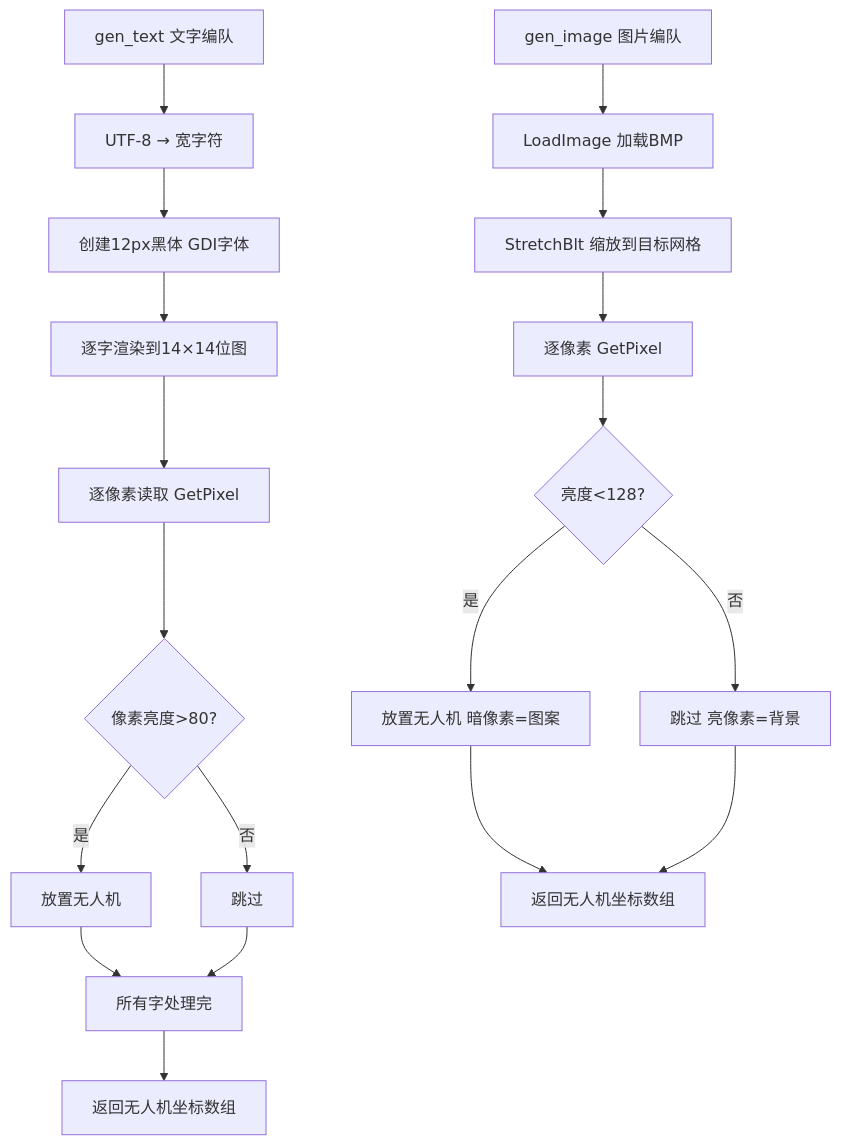
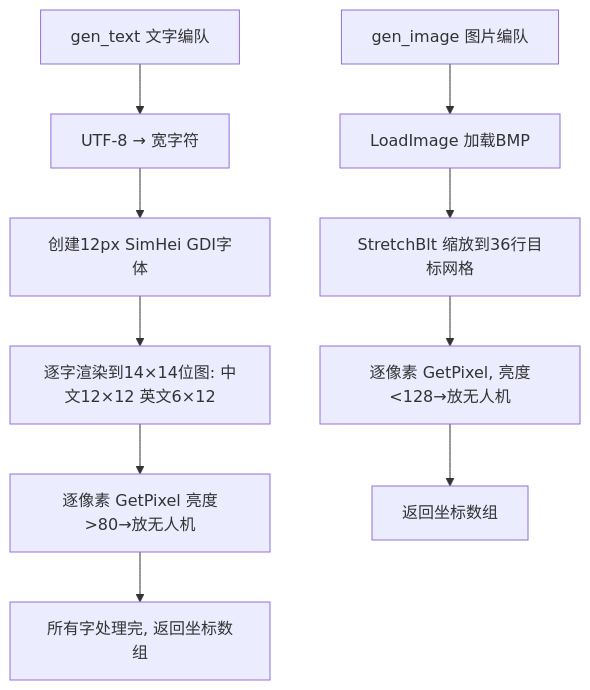
One commit to Fpianmu/Drone changed the seventh of 9 diagrams in flowchart.md. Above: the diagram before and after it, drawn with Mermaid. The commit also changed other lines of this file, not shown here.

Commit message:
更新流程图：300→500架、安全检测加入高度信息、文字12x12网格

````diff
--- a/flowchart.md
+++ b/flowchart.md
@@ -147,22 +148,13 @@
 ```mermaid
 flowchart TD
     A[gen_text 文字编队] --> B[UTF-8 → 宽字符]
-    B --> C[创建12px黑体 GDI字体]
-    C --> D[逐字渲染到14×14位图]
-    D --> E[逐像素读取 GetPixel]
-    E --> F{像素亮度>80?}
-    F -->|是| G[放置无人机]
-    F -->|否| H[跳过]
-    G --> I[所有字处理完]
-    H --> I
-    I --> J[返回无人机坐标数组]
+    B --> C[创建12px SimHei GDI字体]
+    C --> D[逐字渲染到14×14位图: 中文12×12 英文6×12]
+    D --> E[逐像素 GetPixel 亮度>80→放无人机]
+    E --> F[所有字处理完, 返回坐标数组]
 
-    K[gen_image 图片编队] --> L[LoadImage 加载BMP]
-    L --> M[StretchBlt 缩放到目标网格]
-    M --> N[逐像素 GetPixel]
-    N --> O{亮度<128?}
-    O -->|是| P[放置无人机 暗像素=图案]
-    O -->|否| Q[跳过 亮像素=背景]
-    P --> R[返回无人机坐标数组]
-    Q --> R
+    G[gen_image 图片编队] --> H[LoadImage 加载BMP]
+    H --> I[StretchBlt 缩放到36行目标网格]
+    I --> J[逐像素 GetPixel, 亮度<128→放无人机]
+    J --> K[返回坐标数组]
 ```
````
